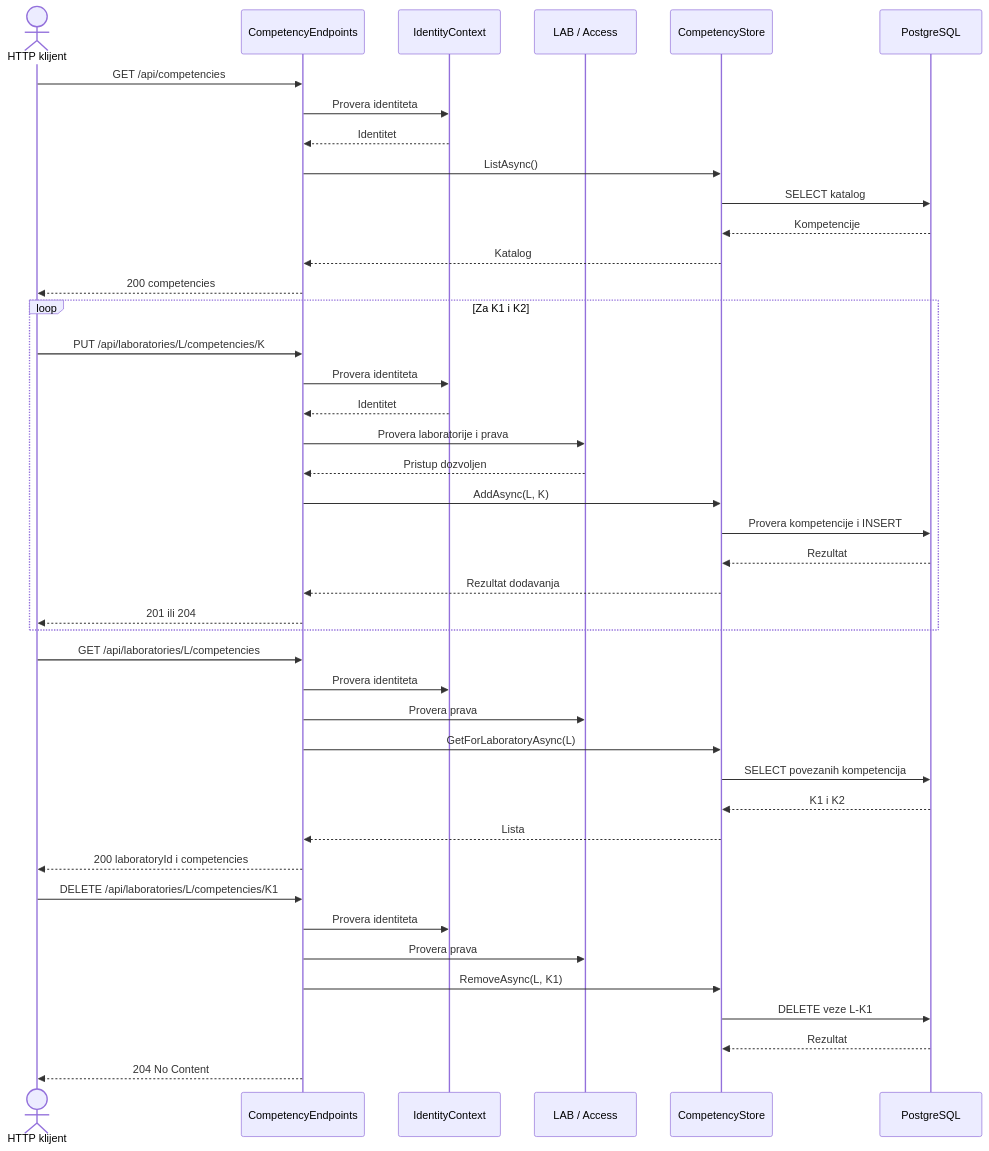
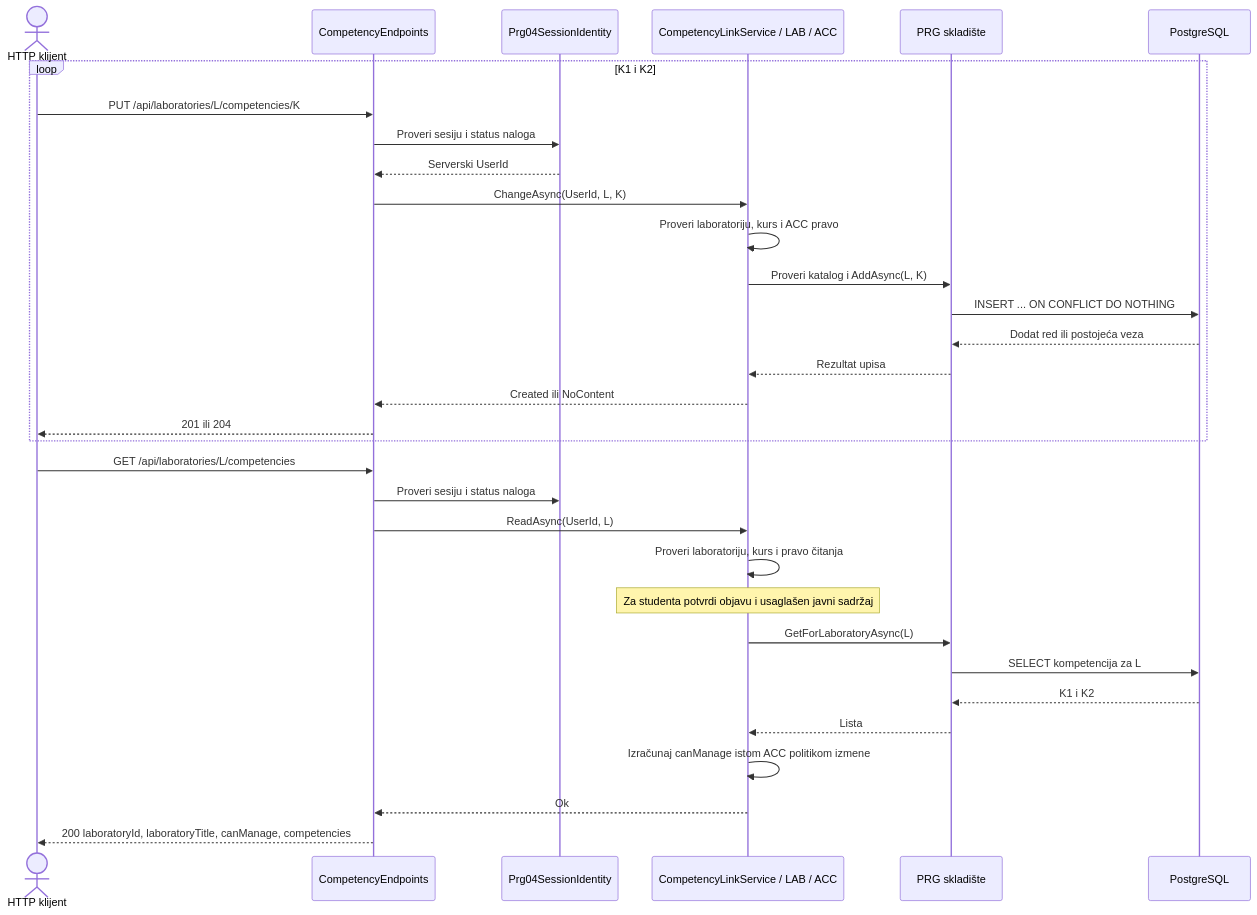
One commit to djufa762x39/security-lab changed the second of 2 diagrams in docs/components/PRG-04-mapping.md. Above: the diagram before and after it, drawn with Mermaid. The commit also changed other lines of this file and 44 other files, not shown here.

First line of the commit message:
Feature/prg 04 competencies (#207)

````diff
--- a/docs/components/PRG-04-mapping.md
+++ b/docs/components/PRG-04-mapping.md
@@ -68,48 +84,36 @@
 ```mermaid
 sequenceDiagram
   actor C as HTTP klijent
   participant E as CompetencyEndpoints
-  participant I as IdentityContext
-  participant A as LAB / Access
-  participant S as CompetencyStore
+  participant I as Prg04SessionIdentity
+  participant A as CompetencyLinkService / LAB / ACC
+  participant S as PRG skladište
   participant DB as PostgreSQL
 
-  C->>E: GET /api/competencies
-  E->>I: Provera identiteta
-  I-->>E: Identitet
-  E->>S: ListAsync()
-  S->>DB: SELECT katalog
-  DB-->>S: Kompetencije
-  S-->>E: Katalog
-  E-->>C: 200 competencies
-
-  loop Za K1 i K2
+  loop K1 i K2
     C->>E: PUT /api/laboratories/L/competencies/K
-    E->>I: Provera identiteta
-    I-->>E: Identitet
-    E->>A: Provera laboratorije i prava
-    A-->>E: Pristup dozvoljen
-    E->>S: AddAsync(L, K)
-    S->>DB: Provera kompetencije i INSERT
-    DB-->>S: Rezultat
-    S-->>E: Rezultat dodavanja
+    E->>I: Proveri sesiju i status naloga
+    I-->>E: Serverski UserId
+    E->>A: ChangeAsync(UserId, L, K)
+    A->>A: Proveri laboratoriju, kurs i ACC pravo
+    A->>S: Proveri katalog i AddAsync(L, K)
+    S->>DB: INSERT ... ON CONFLICT DO NOTHING
+    DB-->>S: Dodat red ili postojeća veza
+    S-->>A: Rezultat upisa
+    A-->>E: Created ili NoContent
     E-->>C: 201 ili 204
   end
 
   C->>E: GET /api/laboratories/L/competencies
-  E->>I: Provera identiteta
-  E->>A: Provera prava
-  E->>S: GetForLaboratoryAsync(L)
-  S->>DB: SELECT povezanih kompetencija
+  E->>I: Proveri sesiju i status naloga
+  E->>A: ReadAsync(UserId, L)
+  A->>A: Proveri laboratoriju, kurs i pravo čitanja
+  Note over A: Za studenta potvrdi objavu i usaglašen javni sadržaj
+  A->>S: GetForLaboratoryAsync(L)
+  S->>DB: SELECT kompetencija za L
   DB-->>S: K1 i K2
-  S-->>E: Lista
-  E-->>C: 200 laboratoryId i competencies
-
-  C->>E: DELETE /api/laboratories/L/competencies/K1
-  E->>I: Provera identiteta
-  E->>A: Provera prava
-  E->>S: RemoveAsync(L, K1)
-  S->>DB: DELETE veze L-K1
-  DB-->>S: Rezultat
-  E-->>C: 204 No Content
+  S-->>A: Lista
+  A->>A: Izračunaj canManage istom ACC politikom izmene
+  A-->>E: Ok
+  E-->>C: 200 laboratoryId, laboratoryTitle, canManage, competencies
 ```
````
